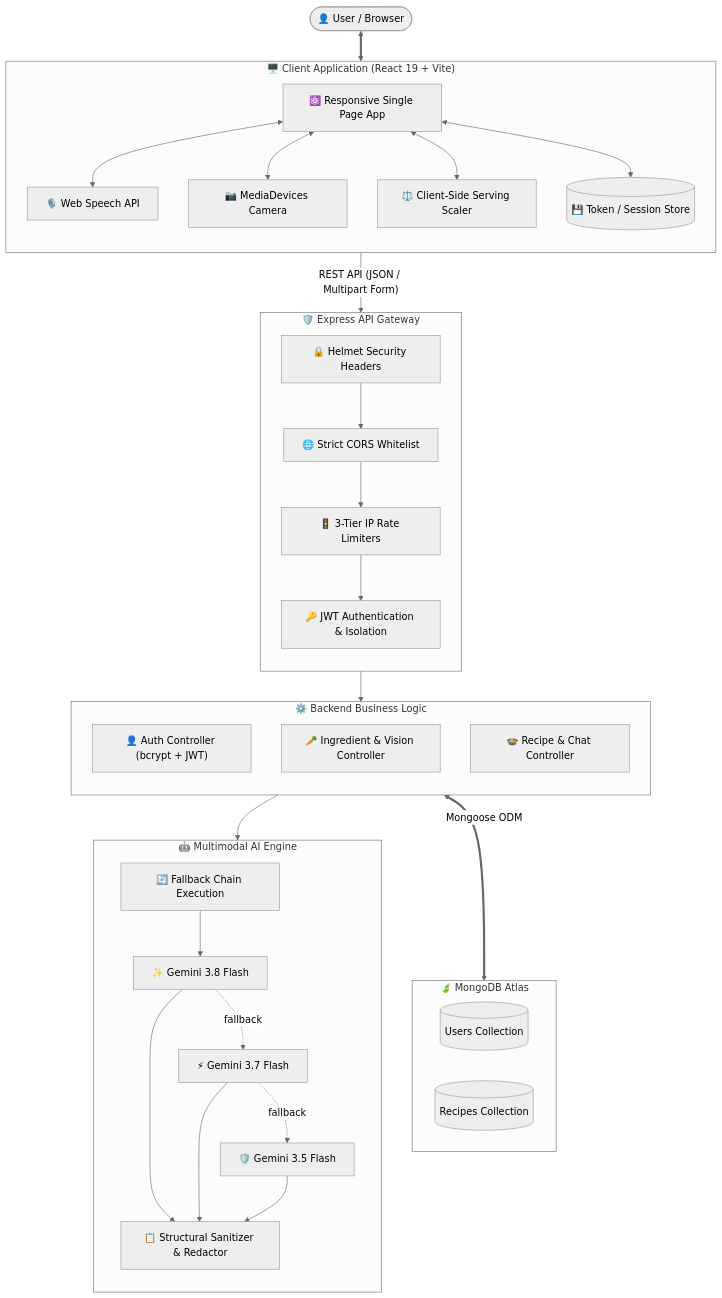
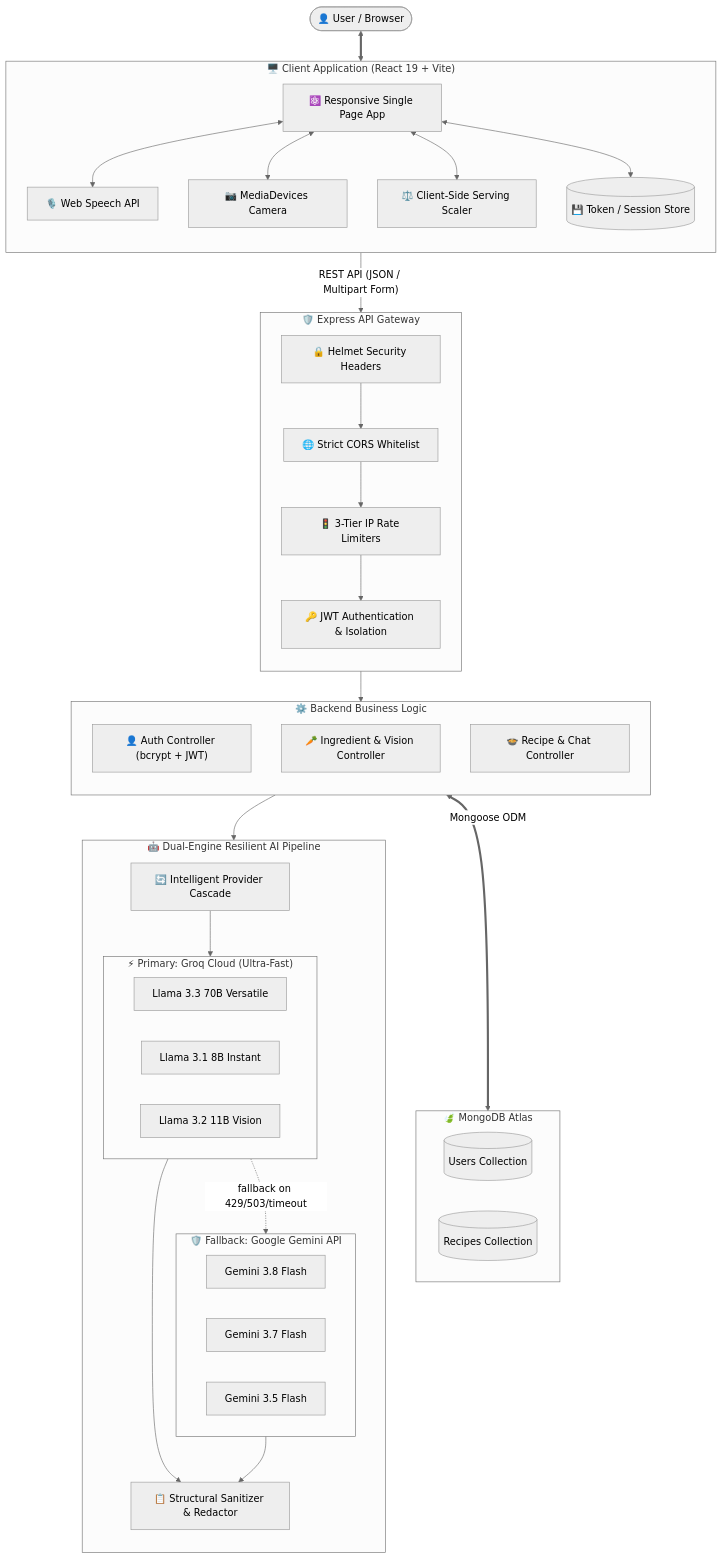
Before and after one commit to harsh-raj00/ChefMind-AI: the diagram in README.md, drawn with Mermaid (neutral theme). The commit also changed other lines of this file and 5 other files, not shown here.

First line of the commit message:
feat: add Groq API as primary LLM engine with automatic Gemini fallback

````diff
--- a/README.md
+++ b/README.md
@@ -77,52 +77,59 @@
 ```mermaid
 flowchart TB
     User([👤 User / Browser])
 
     subgraph Client ["🖥️ Client Application (React 19 + Vite)"]
         direction TB
         UI["⚛️ Responsive Single Page App"]
         Speech["🎙️ Web Speech API"]
         Camera["📷 MediaDevices Camera"]
         Scaler["⚖️ Client-Side Serving Scaler"]
         Storage[("💾 Token / Session Store")]
         UI <--> Speech & Camera & Scaler & Storage
     end
 
     subgraph Gateway ["🛡️ Express API Gateway"]
         direction TB
         SecHeaders["🔒 Helmet Security Headers"]
         Cors["🌐 Strict CORS Whitelist"]
         Limiter["🚦 3-Tier IP Rate Limiters"]
         AuthMiddleware["🔑 JWT Authentication & Isolation"]
         SecHeaders --> Cors --> Limiter --> AuthMiddleware
     end
 
     subgraph Controllers ["⚙️ Backend Business Logic"]
         direction TB
         AuthCtrl["👤 Auth Controller (bcrypt + JWT)"]
         IngCtrl["🥕 Ingredient & Vision Controller"]
         RecCtrl["🍲 Recipe & Chat Controller"]
     end
 
-    subgraph AI_Engine ["🤖 Multimodal AI Engine"]
+    subgraph AI_Engine ["🤖 Dual-Engine Resilient AI Pipeline"]
         direction TB
-        Chain["🔄 Fallback Chain Execution"]
-        M1["✨ Gemini 3.8 Flash"]
-        M2["⚡ Gemini 3.7 Flash"]
-        M3["🛡️ Gemini 3.5 Flash"]
+        Chain["🔄 Intelligent Provider Cascade"]
+        subgraph Groq_Tier ["⚡ Primary: Groq Cloud (Ultra-Fast)"]
+            G1["Llama 3.3 70B Versatile"]
+            G2["Llama 3.1 8B Instant"]
+            GV["Llama 3.2 11B Vision"]
+        end
+        subgraph Gemini_Tier ["🛡️ Fallback: Google Gemini API"]
+            M1["Gemini 3.8 Flash"]
+            M2["Gemini 3.7 Flash"]
+            M3["Gemini 3.5 Flash"]
+        end
         Validator["📋 Structural Sanitizer & Redactor"]
-        Chain --> M1 -. fallback .-> M2 -. fallback .-> M3
-        M1 & M2 & M3 --> Validator
+        Chain --> Groq_Tier -. "fallback on 429/503/timeout" .-> Gemini_Tier
+        Groq_Tier & Gemini_Tier --> Validator
     end
 
     subgraph Database ["🍃 MongoDB Atlas"]
         UsersCol[("Users Collection")]
         RecipesCol[("Recipes Collection")]
     end
 
     User <==> UI
     UI -- "REST API (JSON / Multipart Form)" --> Gateway
     Gateway --> Controllers
     Controllers --> AI_Engine
     Controllers <== "Mongoose ODM" ==> Database
 ```
````
